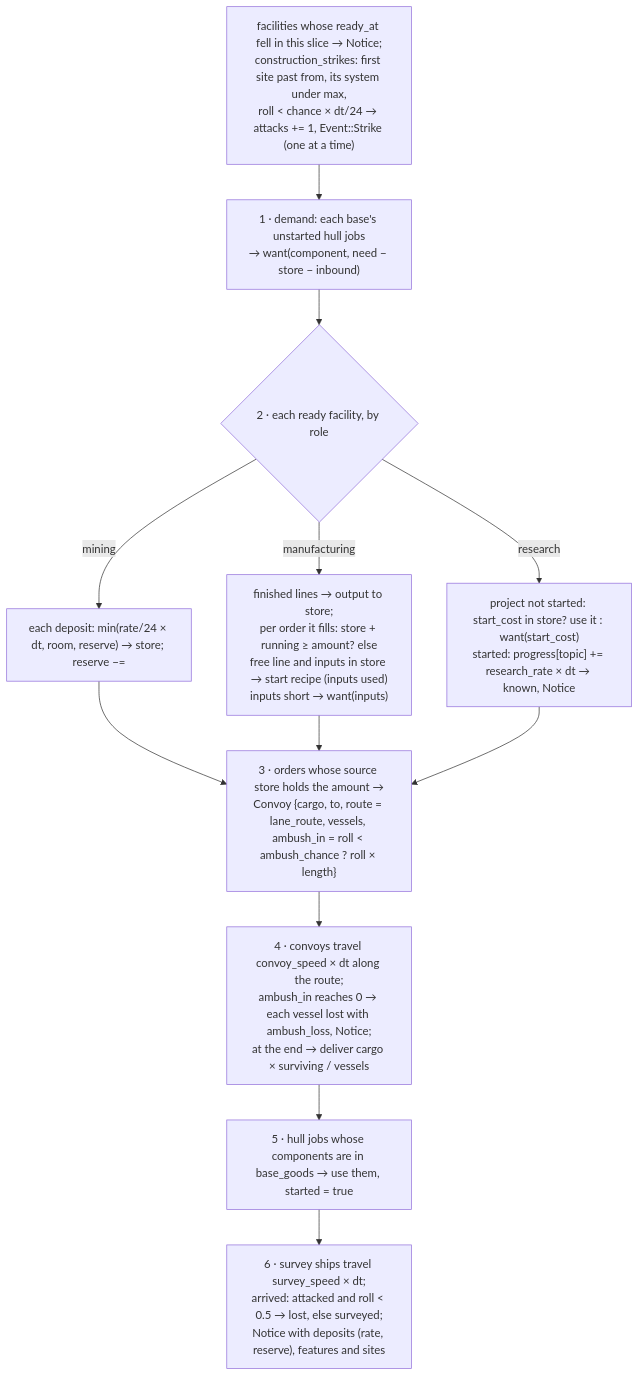
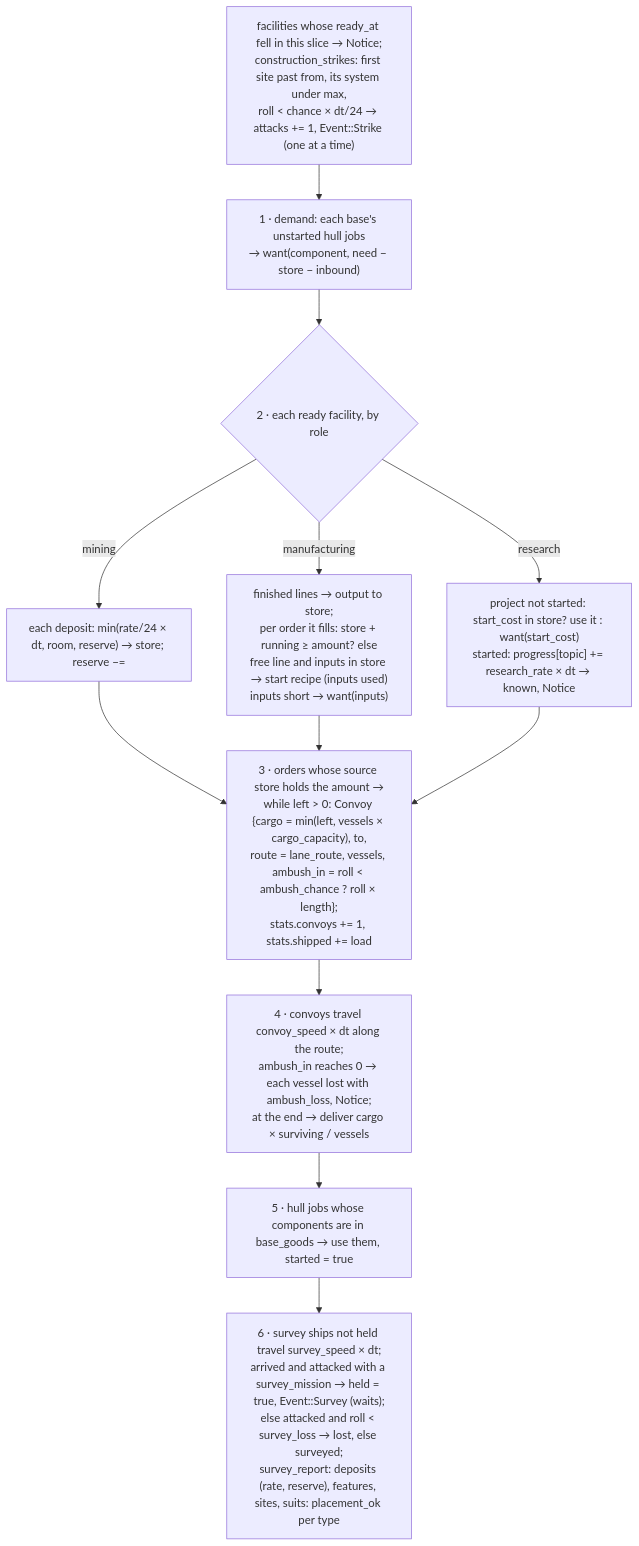
One commit to bbogovich/OpenInterceptor changed the seventh of 12 diagrams in docs/implementation/architecture/campaign.md. Above: the diagram before and after it, drawn with Mermaid. The commit also changed other lines of this file and 20 other files, not shown here.

````diff
--- a/docs/implementation/architecture/campaign.md
+++ b/docs/implementation/architecture/campaign.md
@@ -320,12 +357,12 @@
 ```mermaid
 flowchart TD
     A["facilities whose ready_at fell in this slice → Notice;<br/>construction_strikes: first site past from, its system under max,<br/>roll < chance × dt/24 → attacks += 1, Event::Strike (one at a time)"] --> B["1 · demand: each base's unstarted hull jobs<br/>→ want(component, need − store − inbound)"]
     B --> C{"2 · each ready facility, by role"}
     C -->|mining| M["each deposit: min(rate/24 × dt, room, reserve) → store; reserve −="]
     C -->|manufacturing| P["finished lines → output to store;<br/>per order it fills: store + running ≥ amount? else<br/>free line and inputs in store → start recipe (inputs used)<br/>inputs short → want(inputs)"]
     C -->|research| R["project not started: start_cost in store? use it : want(start_cost)<br/>started: progress[topic] += research_rate × dt → known, Notice"]
-    M & P & R --> D["3 · orders whose source store holds the amount →<br/>Convoy {cargo, to, route = lane_route, vessels, ambush_in = roll < ambush_chance ? roll × length}"]
+    M & P & R --> D["3 · orders whose source store holds the amount →<br/>while left > 0: Convoy {cargo = min(left, vessels × cargo_capacity), to,<br/>route = lane_route, vessels, ambush_in = roll < ambush_chance ? roll × length};<br/>stats.convoys += 1, stats.shipped += load"]
     D --> E["4 · convoys travel convoy_speed × dt along the route;<br/>ambush_in reaches 0 → each vessel lost with ambush_loss, Notice;<br/>at the end → deliver cargo × surviving / vessels"]
     E --> F["5 · hull jobs whose components are in base_goods → use them, started = true"]
-    F --> G["6 · survey ships travel survey_speed × dt;<br/>arrived: attacked and roll < 0.5 → lost, else surveyed;<br/>Notice with deposits (rate, reserve), features and sites"]
+    F --> G["6 · survey ships not held travel survey_speed × dt;<br/>arrived and attacked with a survey_mission → held = true, Event::Survey (waits);<br/>else attacked and roll < survey_loss → lost, else surveyed;<br/>survey_report: deposits (rate, reserve), features, sites, suits: placement_ok per type"]
 ```
````
